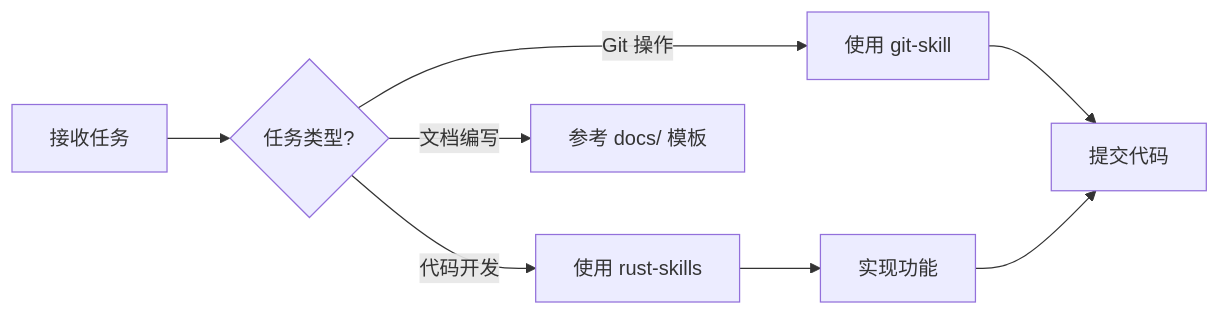
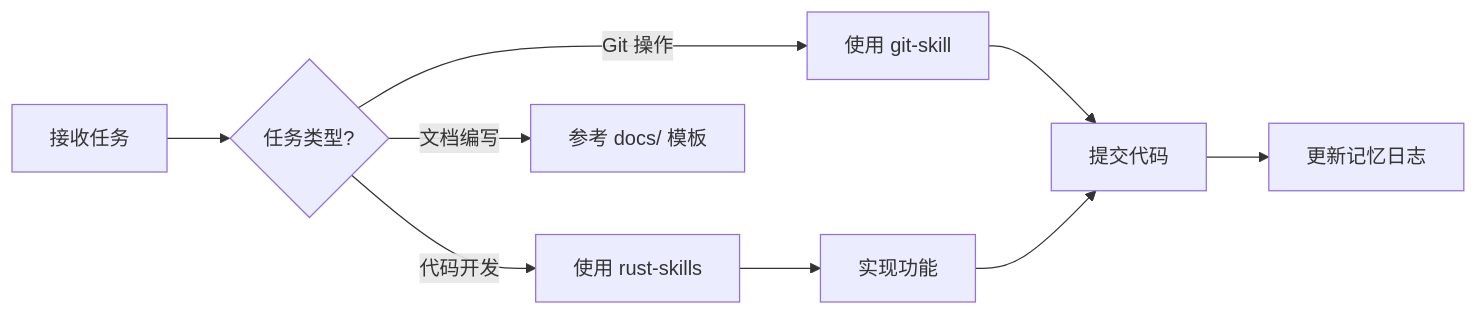
One commit to morning-start/zig-zls-manager changed the diagram in AGENTS.md. Above: the diagram before and after it, drawn with Mermaid. The commit also changed other lines of this file and 2 other files, not shown here.

````diff
--- a/AGENTS.md
+++ b/AGENTS.md
@@ -61,10 +194,11 @@
 ```mermaid
 flowchart LR
     A[接收任务] --> B{任务类型?}
     B -->|代码开发| C[使用 rust-skills]
     B -->|Git 操作| D[使用 git-skill]
     B -->|文档编写| E[参考 docs/ 模板]
     C --> F[实现功能]
     D --> G[提交代码]
     F --> G
+    G --> H[更新记忆日志]
 ```
````
